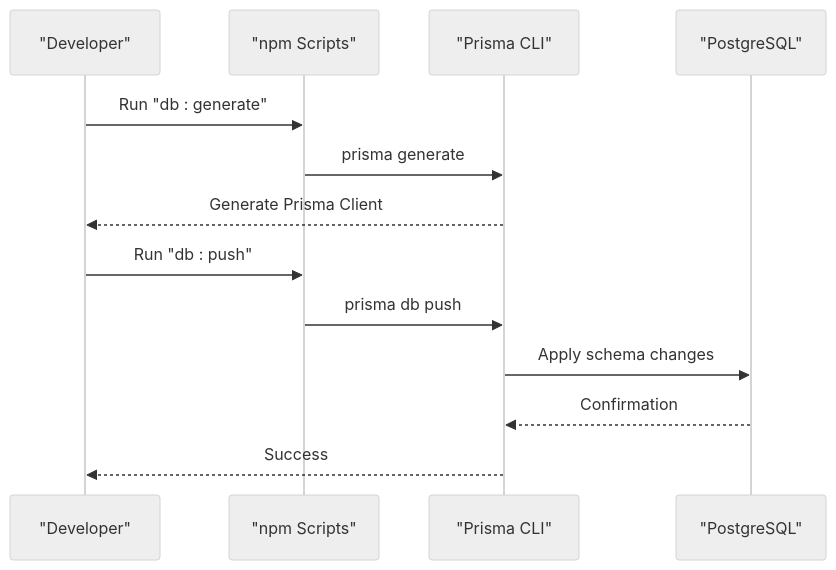
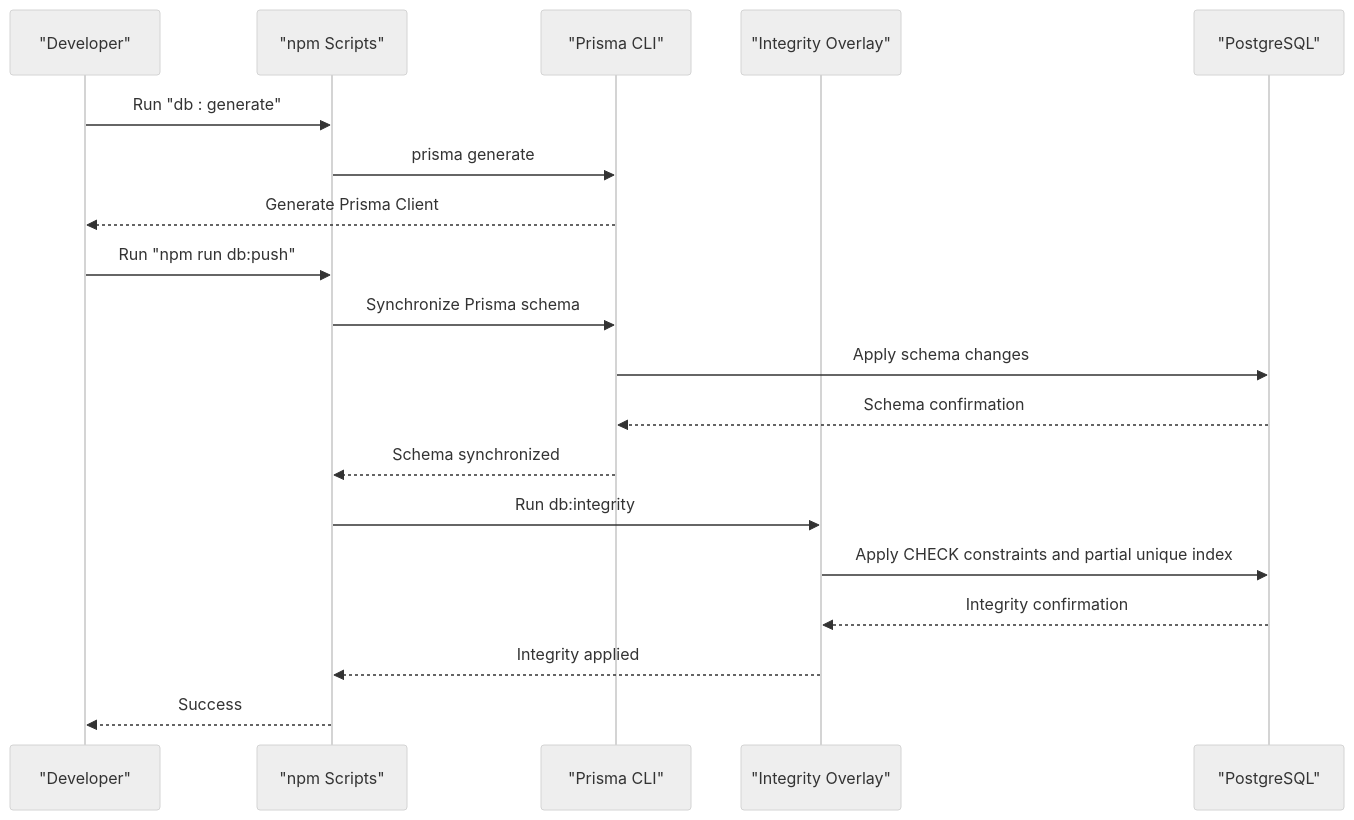
Before and after one commit to peixuanhu/goal-mate: the second of 7 diagrams in .qoder/repowiki/en/content/Database Schema/Migration and Seeding.md, drawn with Mermaid (neutral theme). The commit also changed 5 other files, not shown here.

````diff
--- a/.qoder/repowiki/en/content/Database Schema/Migration and Seeding.md
+++ b/.qoder/repowiki/en/content/Database Schema/Migration and Seeding.md
@@ -92,15 +92,21 @@
 ```mermaid
 sequenceDiagram
 participant Dev as "Developer"
 participant NPM as "npm Scripts"
 participant CLI as "Prisma CLI"
+participant Integrity as "Integrity Overlay"
 participant DB as "PostgreSQL"
 Dev->>NPM : Run "db : generate"
 NPM->>CLI : prisma generate
 CLI-->>Dev : Generate Prisma Client
-Dev->>NPM : Run "db : push"
-NPM->>CLI : prisma db push
+Dev->>NPM : Run "npm run db:push"
+NPM->>CLI : Synchronize Prisma schema
 CLI->>DB : Apply schema changes
-DB-->>CLI : Confirmation
-CLI-->>Dev : Success
+DB-->>CLI : Schema confirmation
+CLI-->>NPM : Schema synchronized
+NPM->>Integrity : Run db:integrity
+Integrity->>DB : Apply CHECK constraints and partial unique index
+DB-->>Integrity : Integrity confirmation
+Integrity-->>NPM : Integrity applied
+NPM-->>Dev : Success
 ```
````
